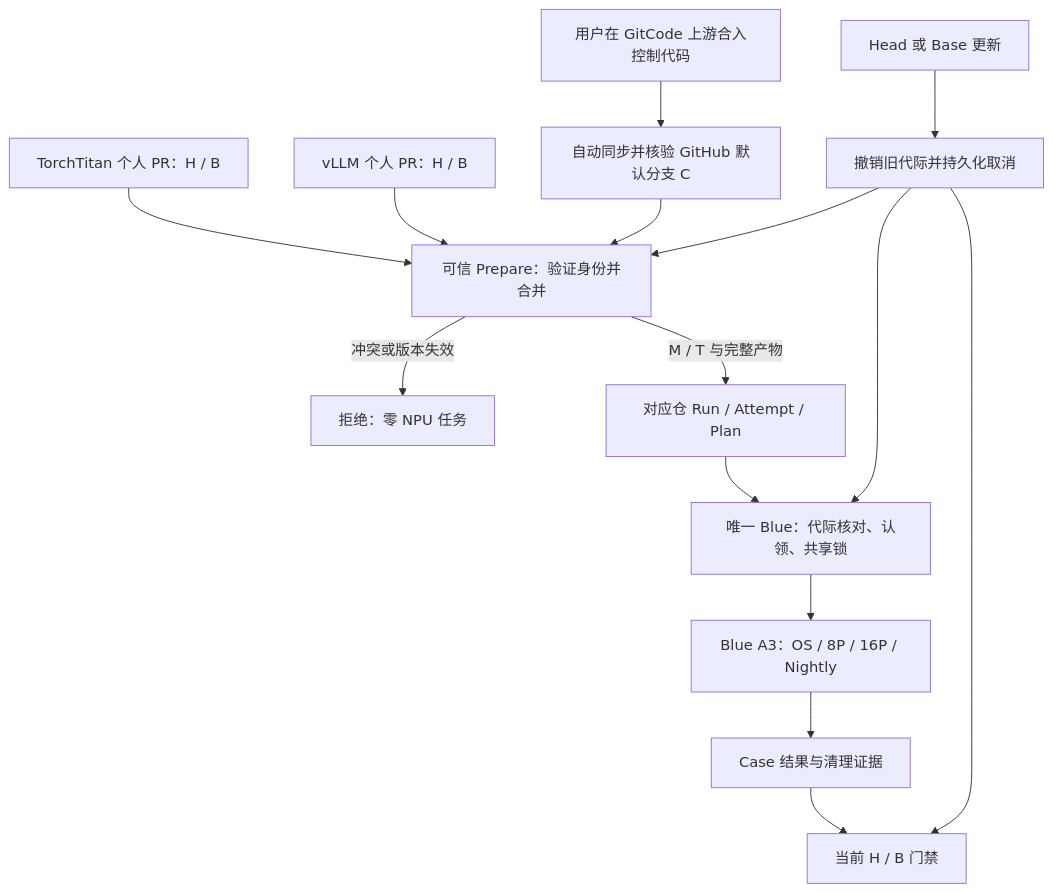
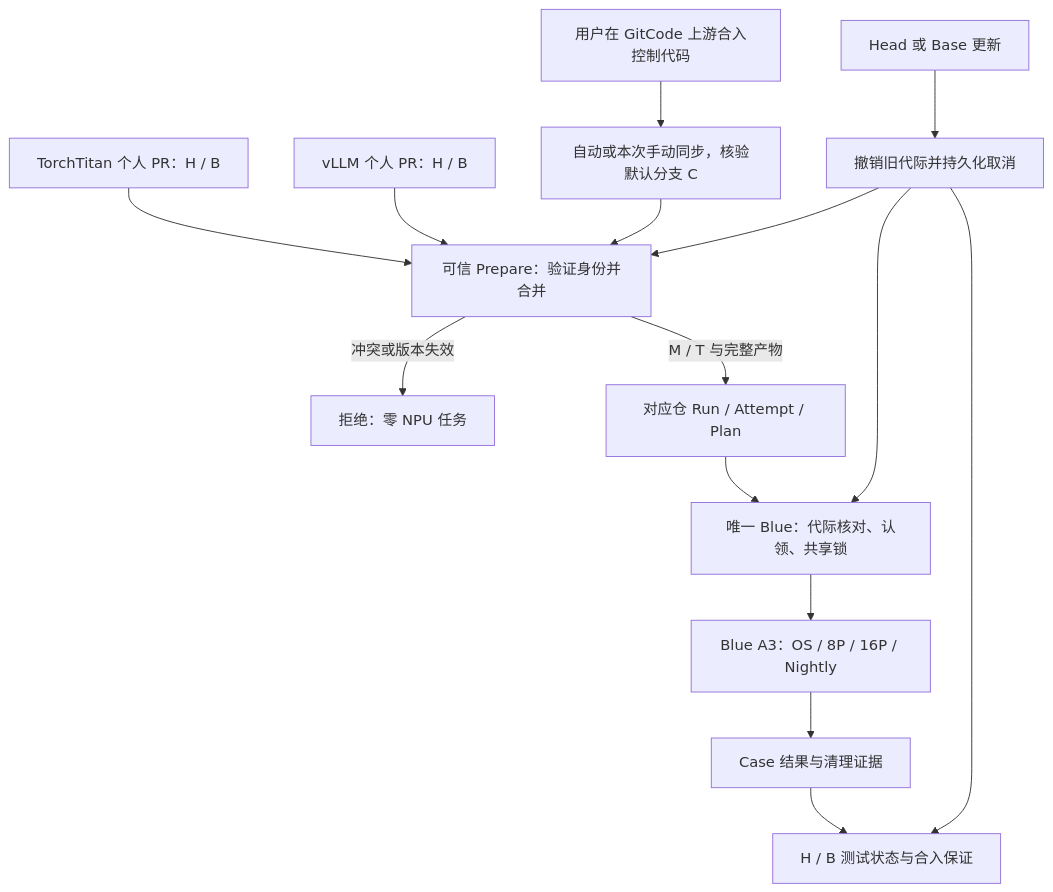
One commit to depeng1994/lite-actions changed the first of 2 diagrams in docs/gitcode-forward-design.md. Above: the diagram before and after it, drawn with Mermaid. The commit also changed other lines of this file, not shown here.

````diff
--- a/docs/gitcode-forward-design.md
+++ b/docs/gitcode-forward-design.md
@@ -134,17 +149,17 @@
 ```mermaid
 flowchart TB
-  U["用户在 GitCode 上游合入控制代码"] --> S["自动同步并核验 GitHub 默认分支 C"]
+  U["用户在 GitCode 上游合入控制代码"] --> S["自动或本次手动同步，核验默认分支 C"]
   T["TorchTitan 个人 PR：H / B"] --> P["可信 Prepare：验证身份并合并"]
   V["vLLM 个人 PR：H / B"] --> P
   S --> P
   P -->|冲突或版本失效| F["拒绝：零 NPU 任务"]
   P -->|M / T 与完整产物| A["对应仓 Run / Attempt / Plan"]
   A --> W["唯一 Blue：代际核对、认领、共享锁"]
   W --> N["Blue A3：OS / 8P / 16P / Nightly"]
   N --> R["Case 结果与清理证据"]
-  R --> G["当前 H / B 门禁"]
+  R --> G["H / B 测试状态与合入保证"]
   E["Head 或 Base 更新"] --> X["撤销旧代际并持久化取消"]
   X --> W
   X --> G
   X --> P
 ```
````
